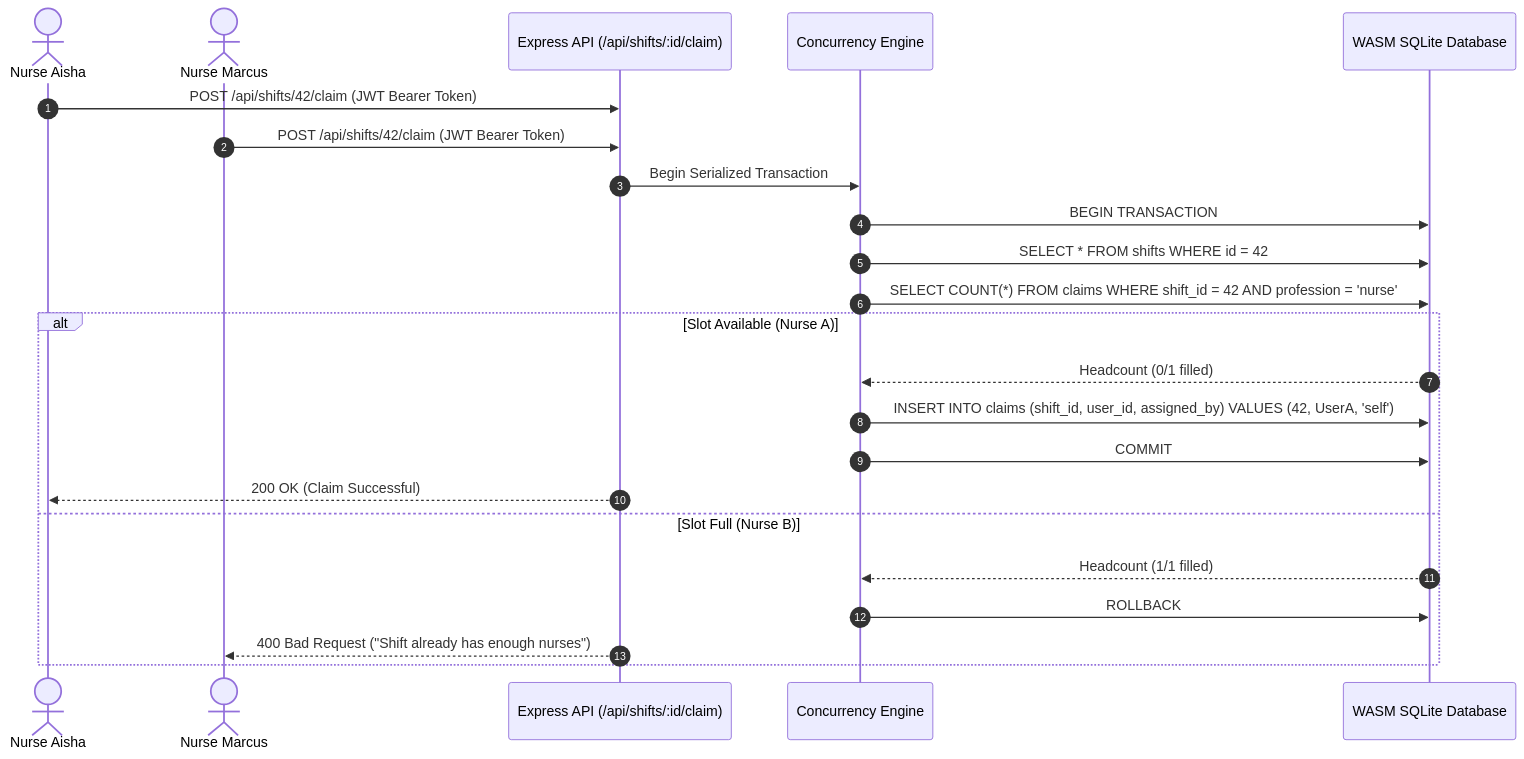
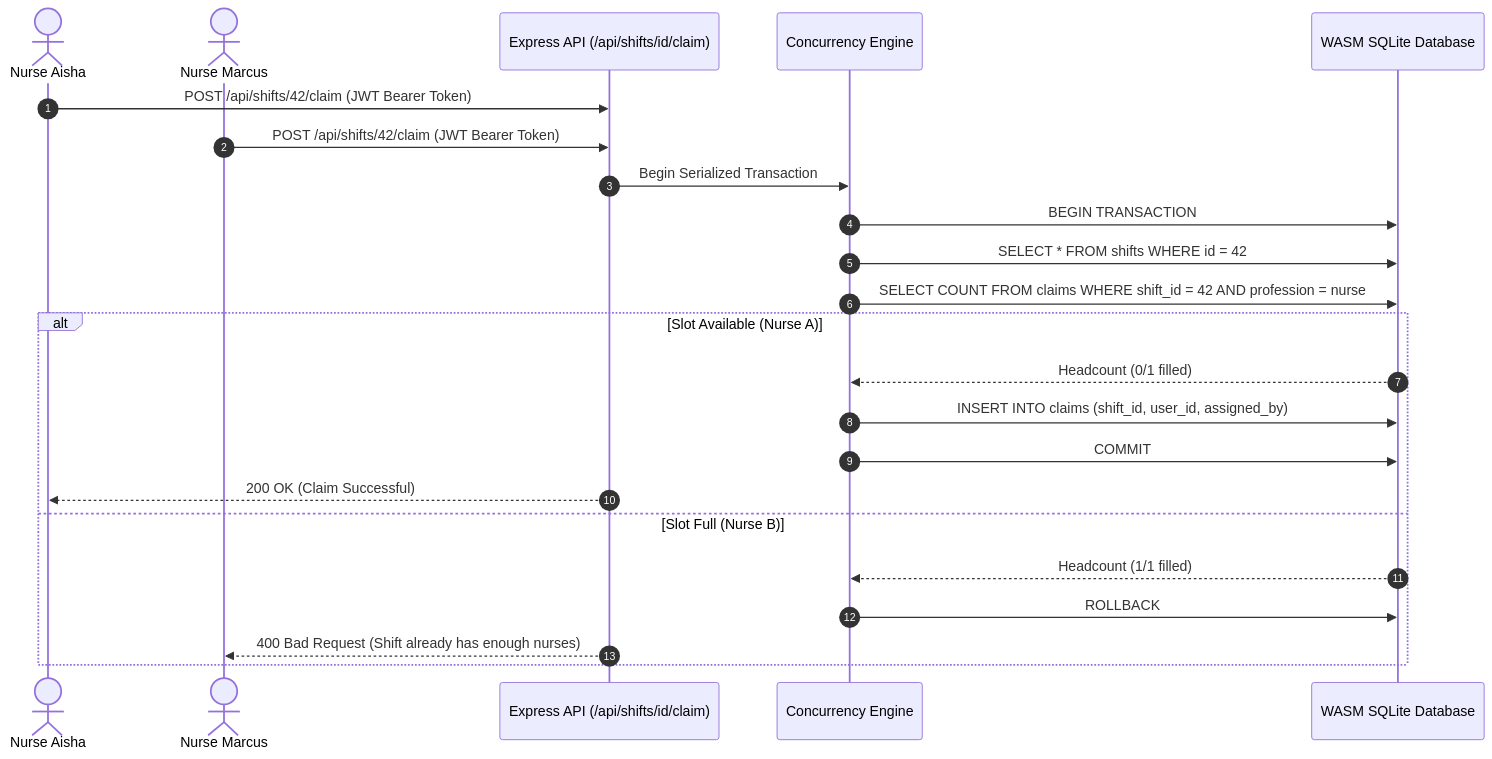
The second of 3 diagrams in README.md (Reethikaa05/VeraCare360), drawn with Mermaid before and after one commit. The commit also changed other lines of this file, not shown here.

Commit message:
fix: clean GitHub GFM Mermaid diagram syntax in README.md

````diff
--- a/README.md
+++ b/README.md
@@ -105,28 +105,28 @@
 ```mermaid
 sequenceDiagram
     autonumber
     actor NurseA as Nurse Aisha
     actor NurseB as Nurse Marcus
-    participant API as Express API (/api/shifts/:id/claim)
+    participant API as Express API (/api/shifts/id/claim)
     participant Engine as Concurrency Engine
     participant DB as WASM SQLite Database
 
     NurseA->>API: POST /api/shifts/42/claim (JWT Bearer Token)
     NurseB->>API: POST /api/shifts/42/claim (JWT Bearer Token)
     
     API->>Engine: Begin Serialized Transaction
-    Engine->>DB: BEGIN TRANSACTION;
-    Engine->>DB: SELECT * FROM shifts WHERE id = 42;
-    Engine->>DB: SELECT COUNT(*) FROM claims WHERE shift_id = 42 AND profession = 'nurse';
+    Engine->>DB: BEGIN TRANSACTION
+    Engine->>DB: SELECT * FROM shifts WHERE id = 42
+    Engine->>DB: SELECT COUNT FROM claims WHERE shift_id = 42 AND profession = nurse
 
     alt Slot Available (Nurse A)
         DB-->>Engine: Headcount (0/1 filled)
-        Engine->>DB: INSERT INTO claims (shift_id, user_id, assigned_by) VALUES (42, UserA, 'self');
-        Engine->>DB: COMMIT;
+        Engine->>DB: INSERT INTO claims (shift_id, user_id, assigned_by)
+        Engine->>DB: COMMIT
         API-->>NurseA: 200 OK (Claim Successful)
     else Slot Full (Nurse B)
         DB-->>Engine: Headcount (1/1 filled)
-        Engine->>DB: ROLLBACK;
-        API-->>NurseB: 400 Bad Request ("Shift already has enough nurses")
+        Engine->>DB: ROLLBACK
+        API-->>NurseB: 400 Bad Request (Shift already has enough nurses)
     end
 ```
````
